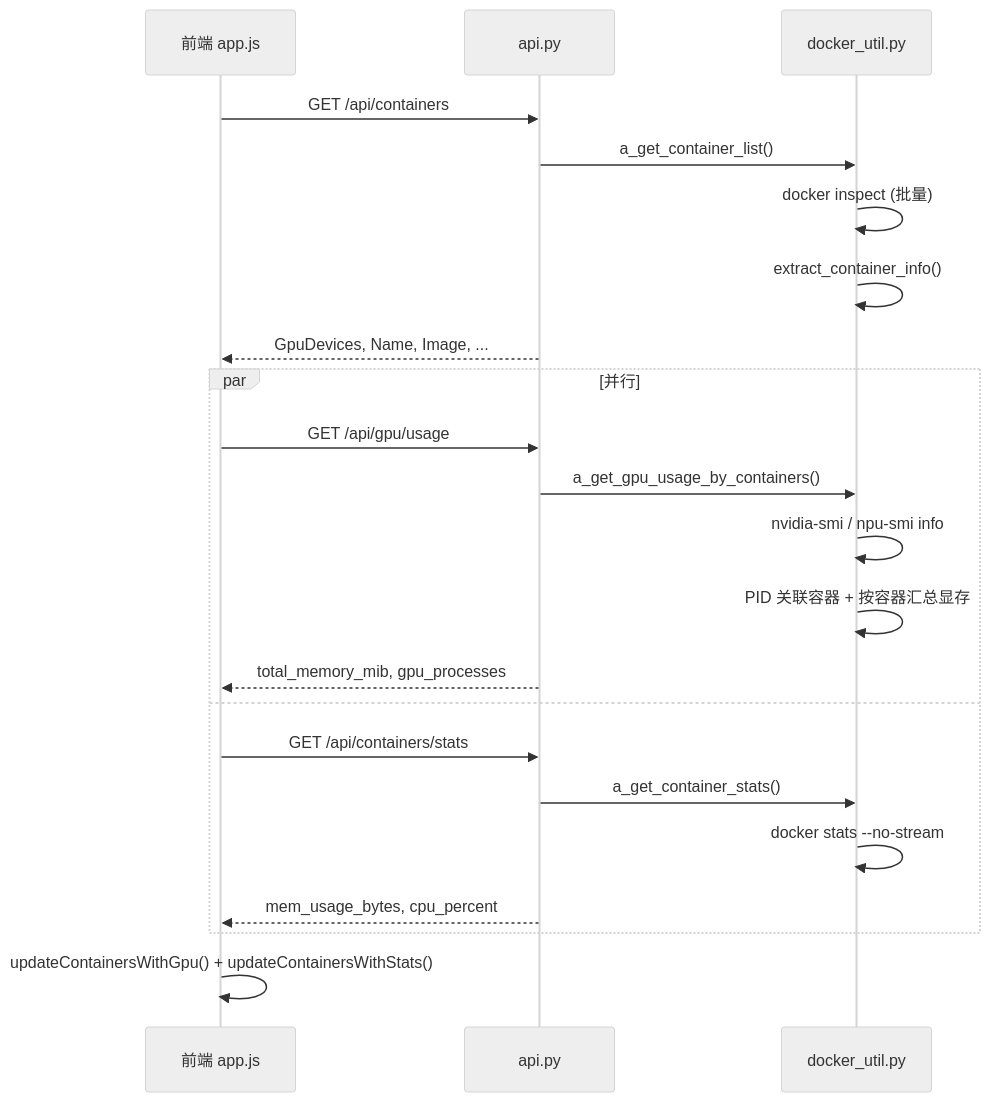
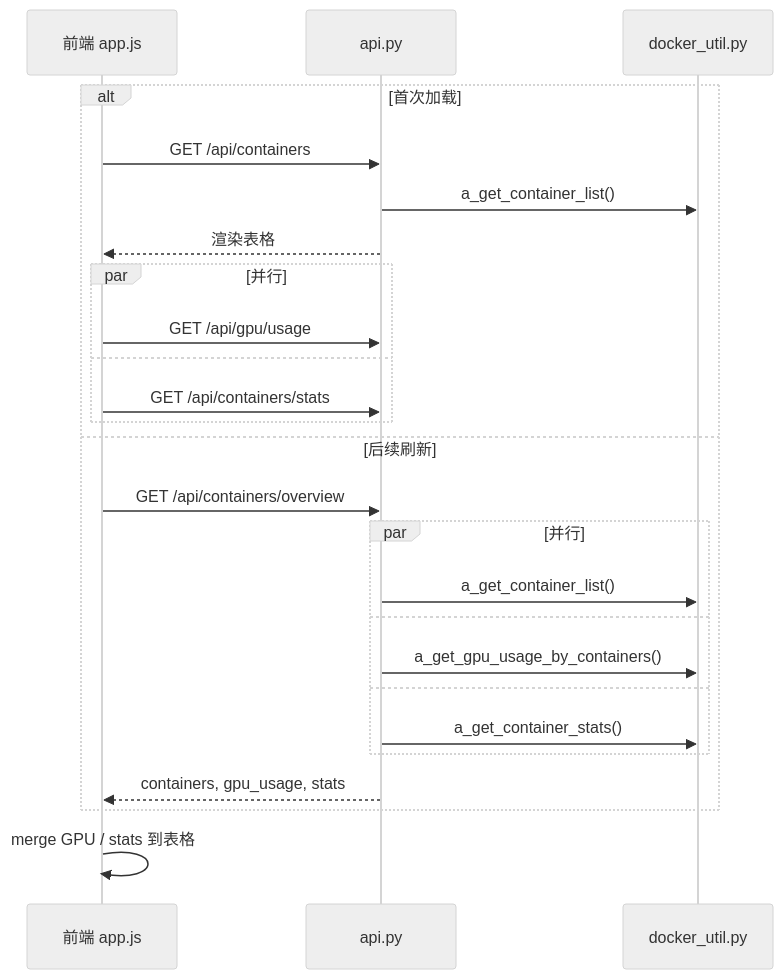
One commit to yinkaisheng/docker-monitor changed the diagram in docs/implementation.md. Above: the diagram before and after it, drawn with Mermaid (neutral theme). The commit also changed other lines of this file and 6 other files, not shown here.

Commit message:
add overview API, refresh optimizations, and subprocess env fix

````diff
--- a/docs/implementation.md
+++ b/docs/implementation.md
@@ -20,27 +27,28 @@
 ```mermaid
 sequenceDiagram
     participant UI as 前端 app.js
     participant API as api.py
     participant DU as docker_util.py
 
-    UI->>API: GET /api/containers
-    API->>DU: a_get_container_list()
-    DU->>DU: docker inspect (批量)
-    DU->>DU: extract_container_info()
-    API-->>UI: GpuDevices, Name, Image, ...
-
-    par 并行
-        UI->>API: GET /api/gpu/usage
-        API->>DU: a_get_gpu_usage_by_containers()
-        DU->>DU: nvidia-smi / npu-smi info
-        DU->>DU: PID 关联容器 + 按容器汇总显存
-        API-->>UI: total_memory_mib, gpu_processes
-    and
-        UI->>API: GET /api/containers/stats
-        API->>DU: a_get_container_stats()
-        DU->>DU: docker stats --no-stream
-        API-->>UI: mem_usage_bytes, cpu_percent
+    alt 首次加载
+        UI->>API: GET /api/containers
+        API->>DU: a_get_container_list()
+        API-->>UI: 渲染表格
+        par 并行
+            UI->>API: GET /api/gpu/usage
+        and
+            UI->>API: GET /api/containers/stats
+        end
+    else 后续刷新
+        UI->>API: GET /api/containers/overview
+        par 并行
+            API->>DU: a_get_container_list()
+        and
+            API->>DU: a_get_gpu_usage_by_containers()
+        and
+            API->>DU: a_get_container_stats()
+        end
+        API-->>UI: containers, gpu_usage, stats
     end
-
-    UI->>UI: updateContainersWithGpu() + updateContainersWithStats()
+    UI->>UI: merge GPU / stats 到表格
 ```
````
